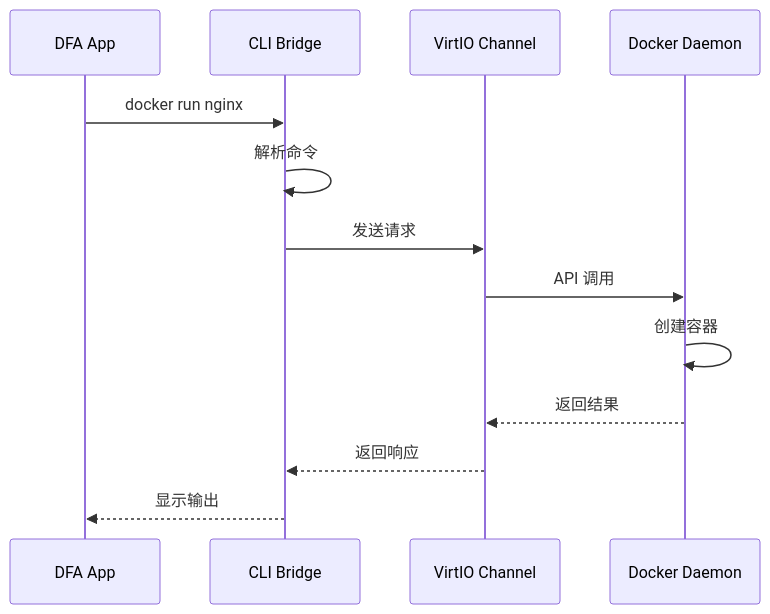
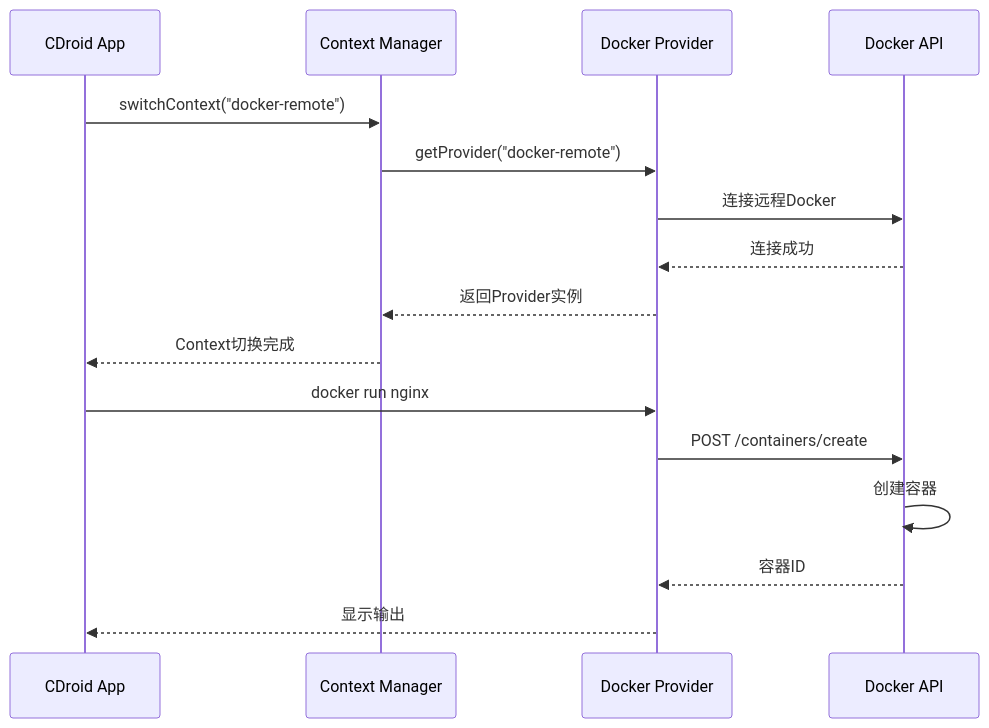
One commit to LineCatOvO/DFA changed the third of 7 diagrams in docs/DOCKER-INTEGRATION.md. Above: the diagram before and after it, drawn with Mermaid. The commit also changed other lines of this file and 25 other files, not shown here.

````diff
--- a/docs/DOCKER-INTEGRATION.md
+++ b/docs/DOCKER-INTEGRATION.md
@@ -118,16 +109,20 @@
 ```mermaid
 sequenceDiagram
-    participant App as DFA App
-    participant Bridge as CLI Bridge
-    participant VirtIO as VirtIO Channel
-    participant Docker as Docker Daemon
+    participant App as CDroid App
+    participant CM as Context Manager
+    participant DP as Docker Provider
+    participant API as Docker API
     
-    App->>Bridge: docker run nginx
-    Bridge->>Bridge: 解析命令
-    Bridge->>VirtIO: 发送请求
-    VirtIO->>Docker: API 调用
-    Docker->>Docker: 创建容器
-    Docker-->>VirtIO: 返回结果
-    VirtIO-->>Bridge: 返回响应
-    Bridge-->>App: 显示输出
+    App->>CM: switchContext("docker-remote")
+    CM->>DP: getProvider("docker-remote")
+    DP->>API: 连接远程Docker
+    API-->>DP: 连接成功
+    DP-->>CM: 返回Provider实例
+    CM-->>App: Context切换完成
+    
+    App->>DP: docker run nginx
+    DP->>API: POST /containers/create
+    API->>API: 创建容器
+    API-->>DP: 容器ID
+    DP-->>App: 显示输出
 ```
````
